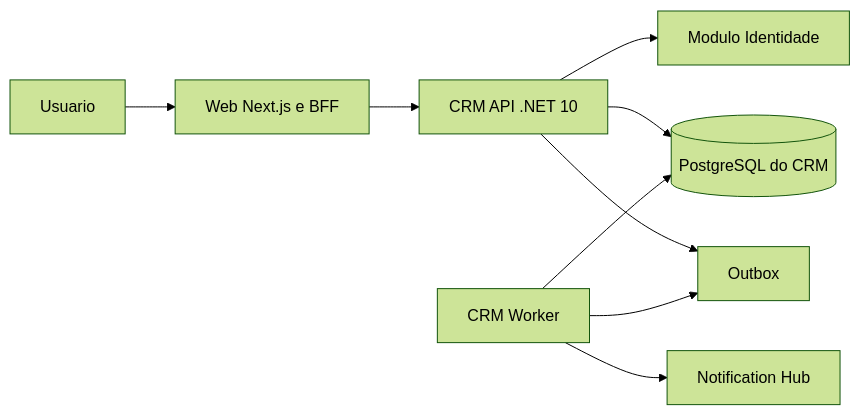
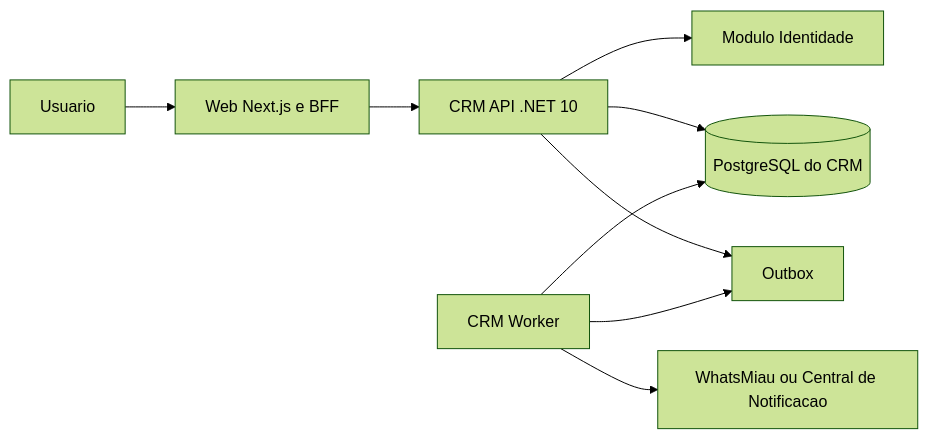
The diagram in docs/07-tecnico/README.md (gustavodrager/lavamais-crm), drawn with Mermaid (forest theme) before and after one commit. The commit also changed other lines of this file and 186 other files, not shown here.

````diff
--- a/docs/07-tecnico/README.md
+++ b/docs/07-tecnico/README.md
@@ -7,11 +7,11 @@
 ```mermaid
 flowchart LR
     U["Usuario"] --> W["Web Next.js e BFF"]
     W --> A["CRM API .NET 10"]
     A --> I["Modulo Identidade"]
     A --> D[("PostgreSQL do CRM")]
     A --> O["Outbox"]
     K["CRM Worker"] --> O
-    K --> N["Notification Hub"]
+    K --> N["WhatsMiau ou Central de Notificacao"]
     K --> D
 ```
````
